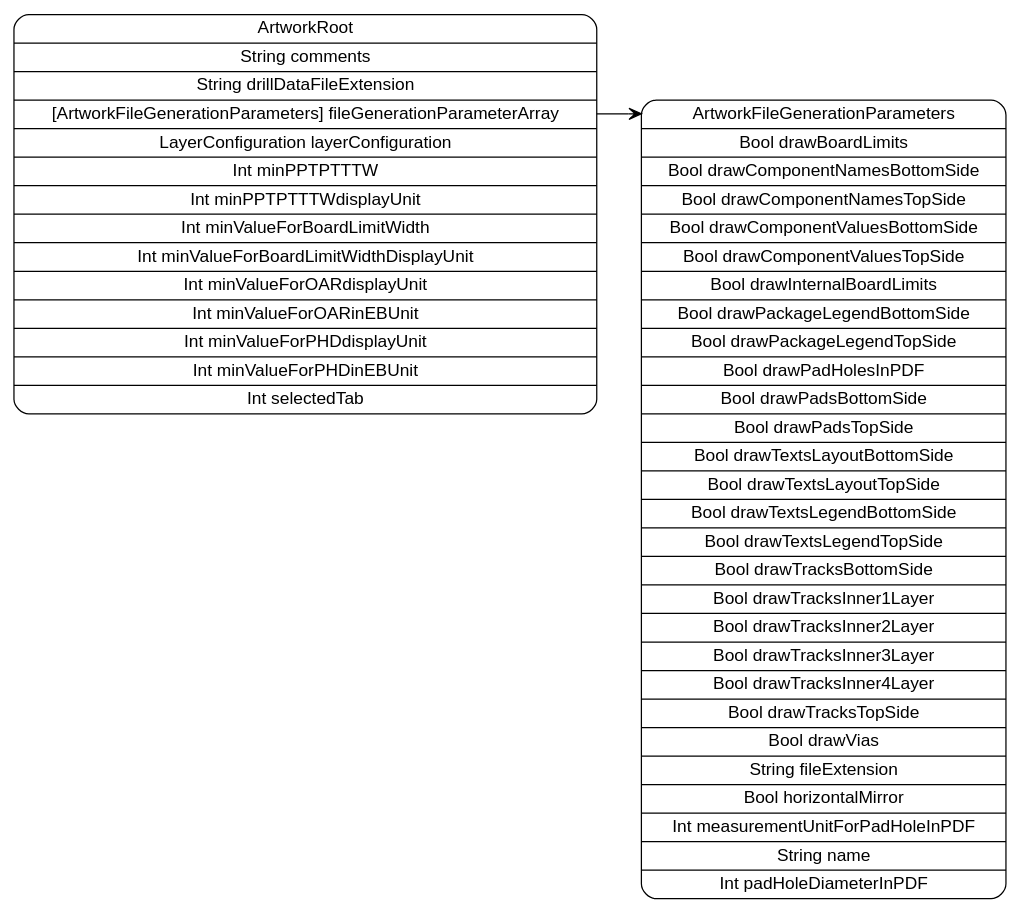
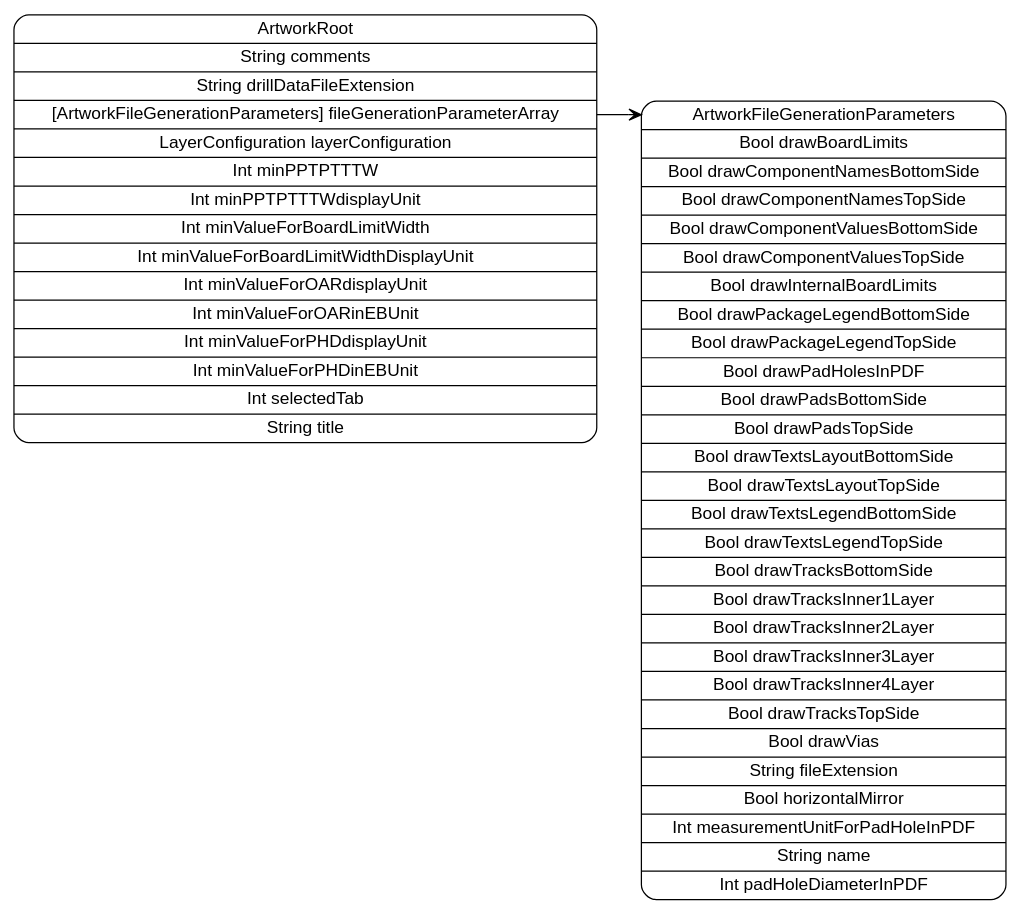
One commit to pierremolinaro/ElCanari-dev changed the diagram in models/ArtworkRoot.dot. Above: the diagram before and after it, drawn with Graphviz. The commit also changed 13 other files, not shown here.

```diff
--- a/models/ArtworkRoot.dot
+++ b/models/ArtworkRoot.dot
@@ -1,7 +1,7 @@
 digraph G {
   rankdir=LR ;
   node [shape=record fontname=helvetica style=rounded] ;
-  ArtworkRoot[label="<ArtworkRoot>ArtworkRoot|String comments|String drillDataFileExtension|<fileGenerationParameterArray>[ArtworkFileGenerationParameters] fileGenerationParameterArray|LayerConfiguration layerConfiguration|Int minPPTPTTTW|Int minPPTPTTTWdisplayUnit|Int minValueForBoardLimitWidth|Int minValueForBoardLimitWidthDisplayUnit|Int minValueForOARdisplayUnit|Int minValueForOARinEBUnit|Int minValueForPHDdisplayUnit|Int minValueForPHDinEBUnit|Int selectedTab"] ;
+  ArtworkRoot[label="<ArtworkRoot>ArtworkRoot|String comments|String drillDataFileExtension|<fileGenerationParameterArray>[ArtworkFileGenerationParameters] fileGenerationParameterArray|LayerConfiguration layerConfiguration|Int minPPTPTTTW|Int minPPTPTTTWdisplayUnit|Int minValueForBoardLimitWidth|Int minValueForBoardLimitWidthDisplayUnit|Int minValueForOARdisplayUnit|Int minValueForOARinEBUnit|Int minValueForPHDdisplayUnit|Int minValueForPHDinEBUnit|Int selectedTab|String title"] ;
   ArtworkFileGenerationParameters[label="<ArtworkFileGenerationParameters>ArtworkFileGenerationParameters|Bool drawBoardLimits|Bool drawComponentNamesBottomSide|Bool drawComponentNamesTopSide|Bool drawComponentValuesBottomSide|Bool drawComponentValuesTopSide|Bool drawInternalBoardLimits|Bool drawPackageLegendBottomSide|Bool drawPackageLegendTopSide|Bool drawPadHolesInPDF|Bool drawPadsBottomSide|Bool drawPadsTopSide|Bool drawTextsLayoutBottomSide|Bool drawTextsLayoutTopSide|Bool drawTextsLegendBottomSide|Bool drawTextsLegendTopSide|Bool drawTracksBottomSide|Bool drawTracksInner1Layer|Bool drawTracksInner2Layer|Bool drawTracksInner3Layer|Bool drawTracksInner4Layer|Bool drawTracksTopSide|Bool drawVias|String fileExtension|Bool horizontalMirror|Int measurementUnitForPadHoleInPDF|String name|Int padHoleDiameterInPDF"] ;
   ArtworkRoot:fileGenerationParameterArray -> ArtworkFileGenerationParameters:ArtworkFileGenerationParameters [dir=both arrowtail=none arrowhead=vee] ;
 }
```
